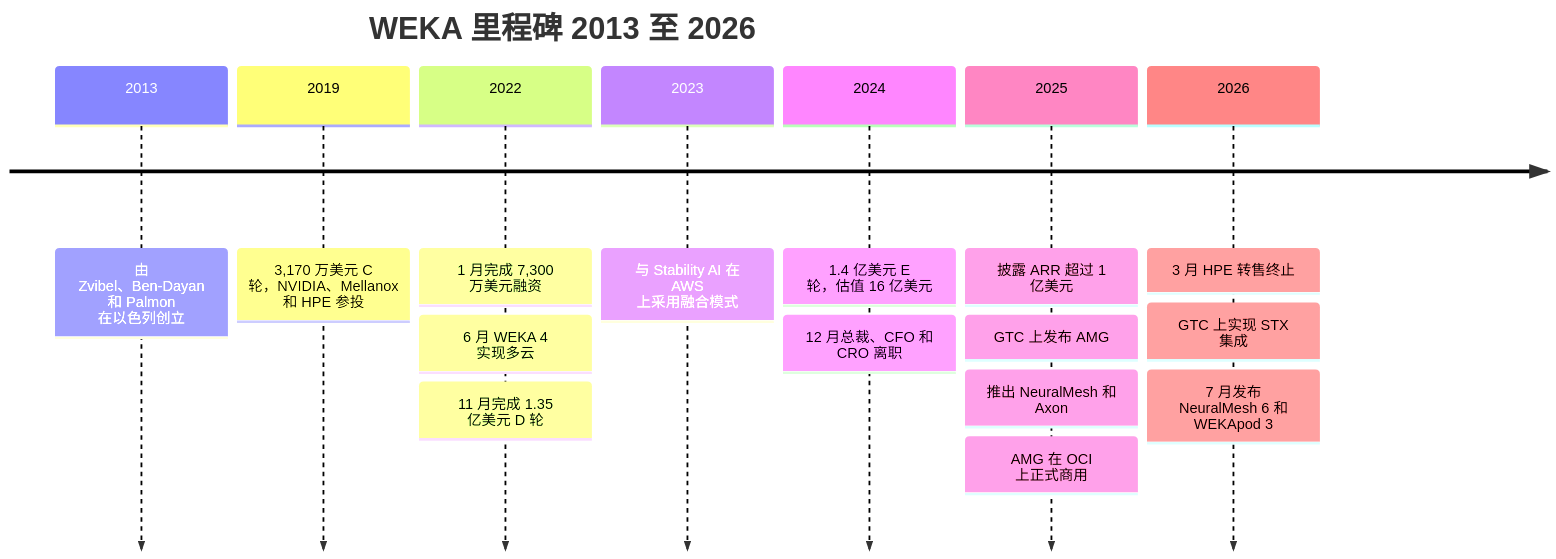
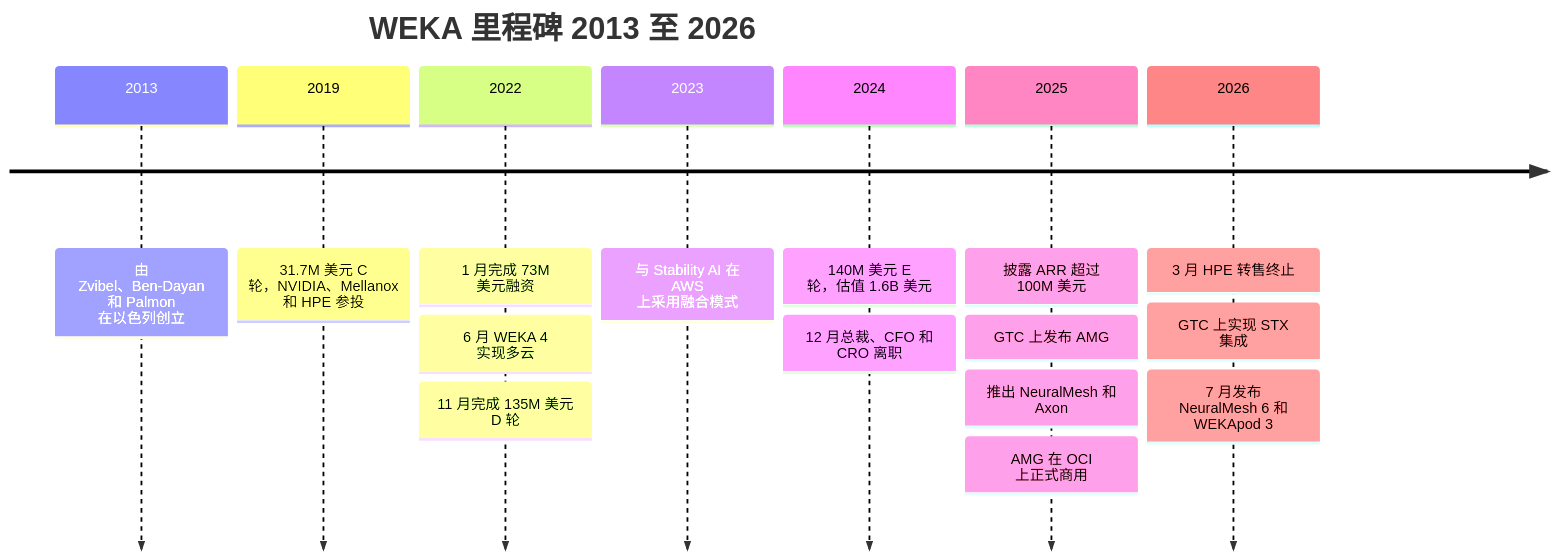
One commit to FrankHuang94/storage-_db_claude changed the third of 3 diagrams in Chinese translation/docs/06-industry-and-competition/43-weka.md. Above: the diagram before and after it, drawn with Mermaid. The commit also changed other lines of this file and 2 other files, not shown here.

Commit message:
zh: translate Ch 29-30
Claude-Session: https://claude.ai/code/session_015j6Et5cc16wRkKSRtDPPUF

````diff
--- a/Chinese translation/docs/06-industry-and-competition/43-weka.md
+++ b/Chinese translation/docs/06-industry-and-competition/43-weka.md
@@ -153,11 +153,11 @@
 ```mermaid
 timeline
     title WEKA 里程碑 2013 至 2026
     2013 : 由 Zvibel、Ben-Dayan 和 Palmon 在以色列创立
-    2019 : 3,170 万美元 C 轮，NVIDIA、Mellanox 和 HPE 参投
-    2022 : 1 月完成 7,300 万美元融资 : 6 月 WEKA 4 实现多云 : 11 月完成 1.35 亿美元 D 轮
+    2019 : 31.7M 美元 C 轮，NVIDIA、Mellanox 和 HPE 参投
+    2022 : 1 月完成 73M 美元融资 : 6 月 WEKA 4 实现多云 : 11 月完成 135M 美元 D 轮
     2023 : 与 Stability AI 在 AWS 上采用融合模式
-    2024 : 1.4 亿美元 E 轮，估值 16 亿美元 : 12 月总裁、CFO 和 CRO 离职
-    2025 : 披露 ARR 超过 1 亿美元 : GTC 上发布 AMG : 推出 NeuralMesh 和 Axon : AMG 在 OCI 上正式商用
+    2024 : 140M 美元 E 轮，估值 1.6B 美元 : 12 月总裁、CFO 和 CRO 离职
+    2025 : 披露 ARR 超过 100M 美元 : GTC 上发布 AMG : 推出 NeuralMesh 和 Axon : AMG 在 OCI 上正式商用
     2026 : 3 月 HPE 转售终止 : GTC 上实现 STX 集成 : 7 月发布 NeuralMesh 6 和 WEKApod 3
 ```
````
